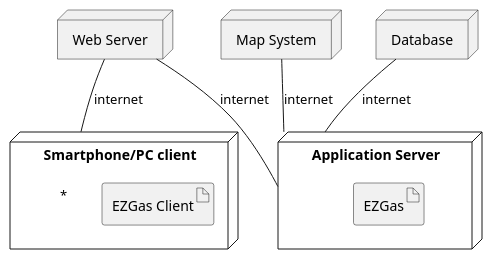
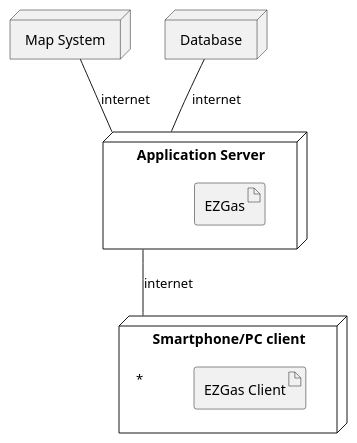
One commit to CangaRouter/ExGas changed the fifth of 5 diagrams in docs/RequirementsDocument.md. Above: the diagram before and after it, drawn with PlantUML. The commit also changed other lines of this file, not shown here.

Commit message:
docs: fix system design and deployment diagram

````diff
--- a/docs/RequirementsDocument.md
+++ b/docs/RequirementsDocument.md
@@ -567,17 +567,15 @@
 ```plantuml
 @startuml
 node "Application Server" as as{
 artifact "EZGas"
 }
-node "Web Server" as w
 node "Smartphone/PC client" as sc{
 artifact "EZGas Client"
 }
 node "Map System" as m
 node "Database" as d
 d--as : internet
 m--as : internet
-w --as : internet
-w -- "*" sc : internet
+as -- "*" sc : internet
 @enduml
 ```
````
